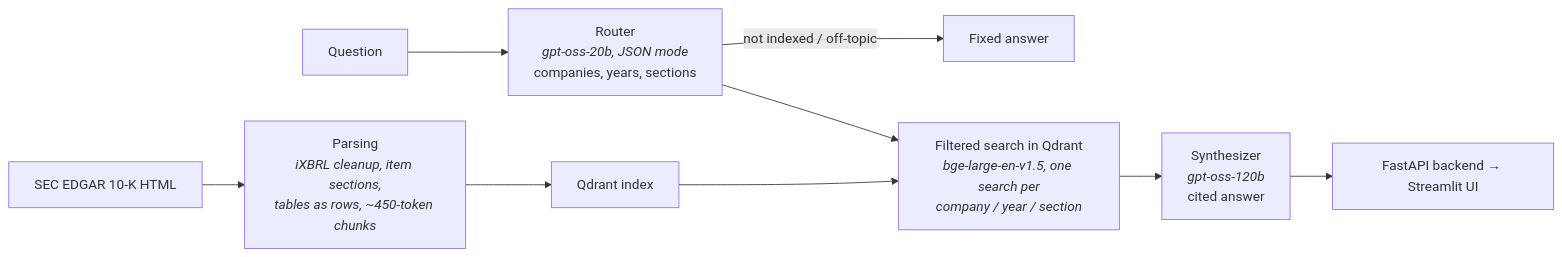
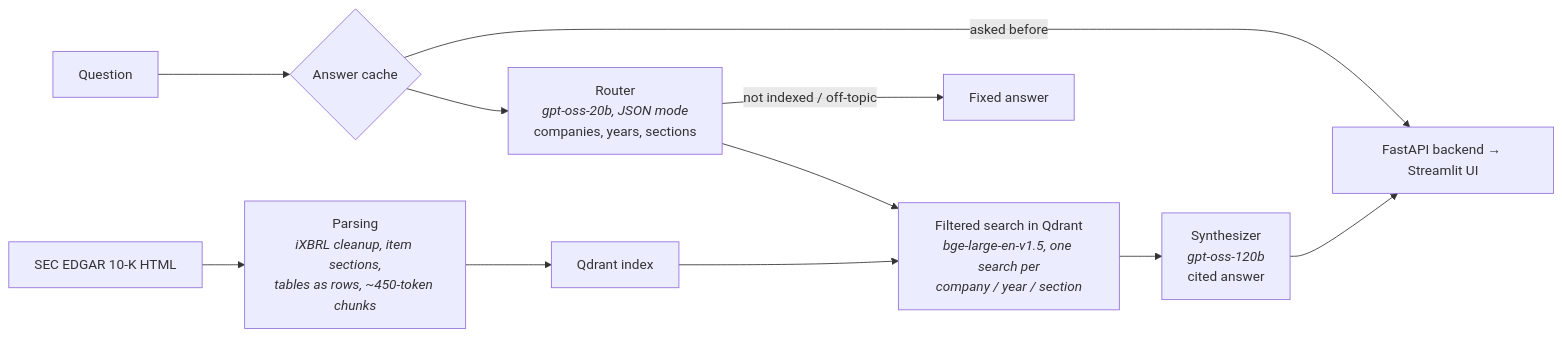
Before and after one commit to AyhanMeherrem/Multi-Agent-Financial-Rag-System: the diagram in README.md, drawn with Mermaid. The commit also changed other lines of this file and 4 other files, not shown here.

````diff
--- a/README.md
+++ b/README.md
@@ -39,10 +39,12 @@
 ```mermaid
 flowchart LR
-    Q["Question"] --> R["Router<br/><i>gpt-oss-20b, JSON mode</i><br/>companies, years, sections"]
+    Q["Question"] --> C{"Answer cache"}
+    C -->|"asked before"| U
+    C --> R["Router<br/><i>gpt-oss-20b, JSON mode</i><br/>companies, years, sections"]
     R -->|"not indexed / off-topic"| X["Fixed answer"]
     R --> S["Filtered search in Qdrant<br/><i>bge-large-en-v1.5, one search per<br/>company / year / section</i>"]
     S --> A["Synthesizer<br/><i>gpt-oss-120b</i><br/>cited answer"]
     A --> U["FastAPI backend → Streamlit UI"]
     F["SEC EDGAR 10-K HTML"] --> P["Parsing<br/><i>iXBRL cleanup, item sections,<br/>tables as rows, ~450-token chunks</i>"] --> I["Qdrant index"]
     I --> S
 ```
````
